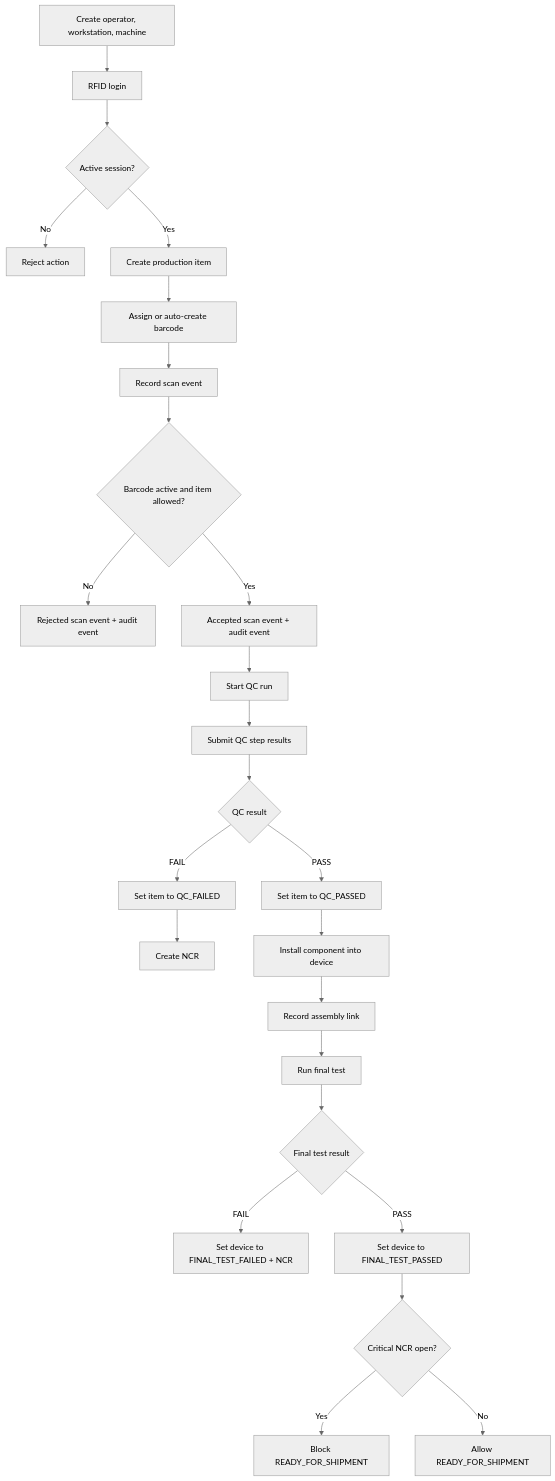
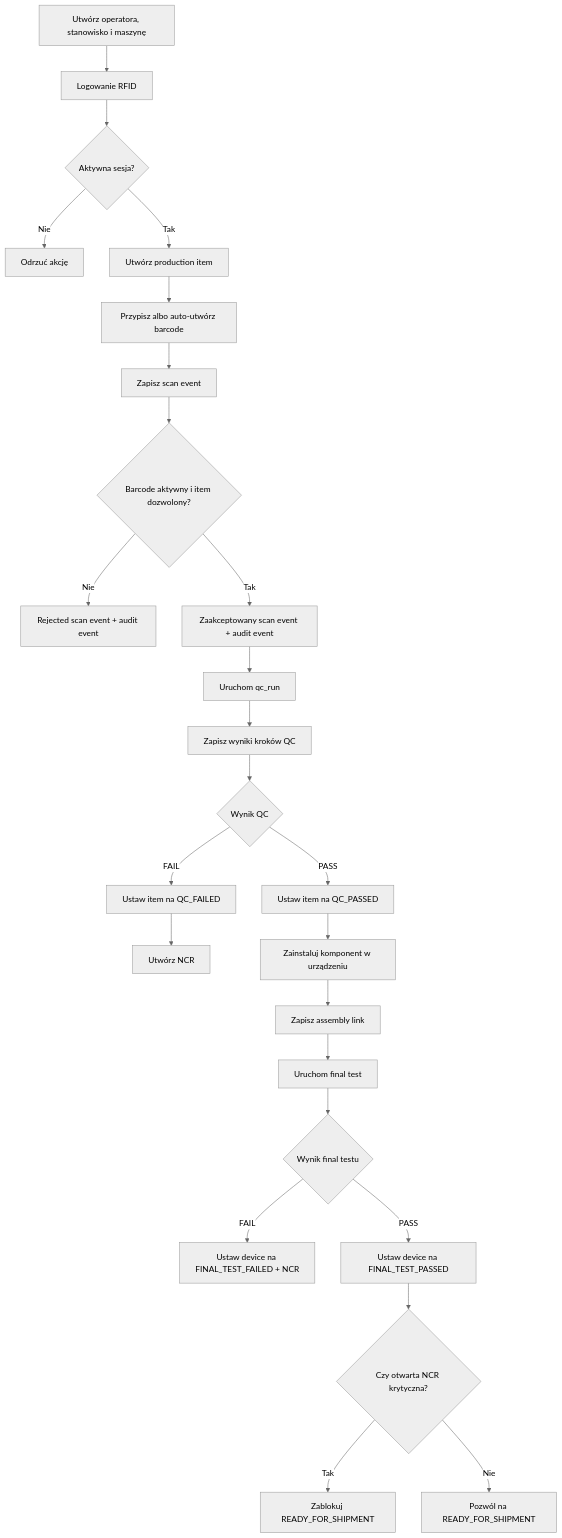
Before and after one commit to cichonmichal76-collab/quality: the diagram in docs/diagrams/production-traceability-flow.md, drawn with Mermaid (neutral theme). The commit also changed other lines of this file and 34 other files, not shown here.

````diff
--- a/docs/diagrams/production-traceability-flow.md
+++ b/docs/diagrams/production-traceability-flow.md
@@ -5,27 +5,27 @@
 ```mermaid
 flowchart TD
-    A["Create operator, workstation, machine"] --> B["RFID login"]
-    B --> C{"Active session?"}
-    C -- "No" --> D["Reject action"]
-    C -- "Yes" --> E["Create production item"]
-    E --> F["Assign or auto-create barcode"]
-    F --> G["Record scan event"]
-    G --> H{"Barcode active and item allowed?"}
-    H -- "No" --> I["Rejected scan event + audit event"]
-    H -- "Yes" --> J["Accepted scan event + audit event"]
-    J --> K["Start QC run"]
-    K --> L["Submit QC step results"]
-    L --> M{"QC result"}
-    M -- "FAIL" --> N["Set item to QC_FAILED"]
-    N --> O["Create NCR"]
-    M -- "PASS" --> P["Set item to QC_PASSED"]
-    P --> Q["Install component into device"]
-    Q --> R["Record assembly link"]
-    R --> S["Run final test"]
-    S --> T{"Final test result"}
-    T -- "FAIL" --> U["Set device to FINAL_TEST_FAILED + NCR"]
-    T -- "PASS" --> V["Set device to FINAL_TEST_PASSED"]
-    V --> W{"Critical NCR open?"}
-    W -- "Yes" --> X["Block READY_FOR_SHIPMENT"]
-    W -- "No" --> Y["Allow READY_FOR_SHIPMENT"]
+    A["Utwórz operatora, stanowisko i maszynę"] --> B["Logowanie RFID"]
+    B --> C{"Aktywna sesja?"}
+    C -- "Nie" --> D["Odrzuć akcję"]
+    C -- "Tak" --> E["Utwórz production item"]
+    E --> F["Przypisz albo auto-utwórz barcode"]
+    F --> G["Zapisz scan event"]
+    G --> H{"Barcode aktywny i item dozwolony?"}
+    H -- "Nie" --> I["Rejected scan event + audit event"]
+    H -- "Tak" --> J["Zaakceptowany scan event + audit event"]
+    J --> K["Uruchom qc_run"]
+    K --> L["Zapisz wyniki kroków QC"]
+    L --> M{"Wynik QC"}
+    M -- "FAIL" --> N["Ustaw item na QC_FAILED"]
+    N --> O["Utwórz NCR"]
+    M -- "PASS" --> P["Ustaw item na QC_PASSED"]
+    P --> Q["Zainstaluj komponent w urządzeniu"]
+    Q --> R["Zapisz assembly link"]
+    R --> S["Uruchom final test"]
+    S --> T{"Wynik final testu"}
+    T -- "FAIL" --> U["Ustaw device na FINAL_TEST_FAILED + NCR"]
+    T -- "PASS" --> V["Ustaw device na FINAL_TEST_PASSED"]
+    V --> W{"Czy otwarta NCR krytyczna?"}
+    W -- "Tak" --> X["Zablokuj READY_FOR_SHIPMENT"]
+    W -- "Nie" --> Y["Pozwól na READY_FOR_SHIPMENT"]
 ```
````
